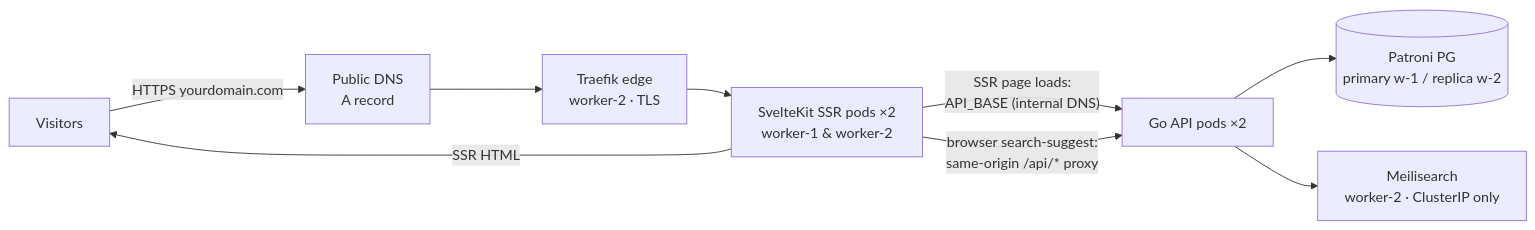
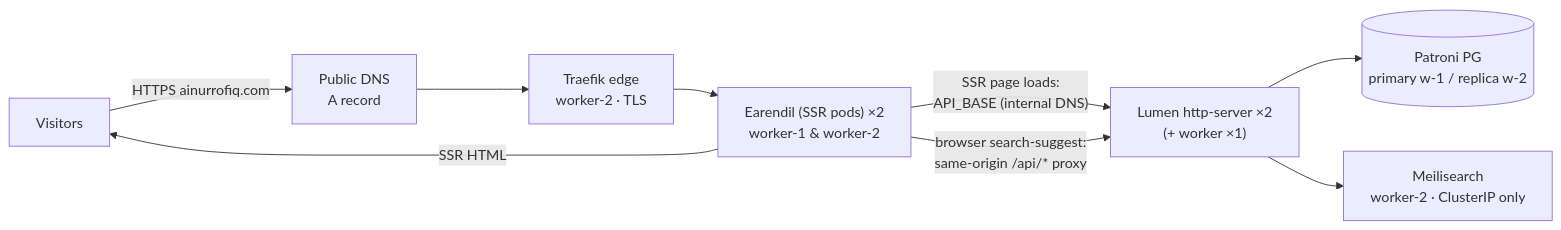
The first of 2 diagrams in INFRA_ARCHITECTURE.md (kanatabi/vortex), drawn with Mermaid before and after one commit. The commit also changed other lines of this file and 1 other file, not shown here.

First line of the commit message:
docs: propagate earendil/lumen naming + kv/{app}/{env} across docs

````diff
--- a/INFRA_ARCHITECTURE.md
+++ b/INFRA_ARCHITECTURE.md
@@ -63,11 +64,11 @@
 ```mermaid
 flowchart LR
-  V["Visitors"] -->|"HTTPS yourdomain.com"| DNS["Public DNS<br/>A record"]
+  V["Visitors"] -->|"HTTPS ainurrofiq.com"| DNS["Public DNS<br/>A record"]
   DNS --> TF["Traefik edge<br/>worker-2 · TLS"]
-  TF --> FE["SvelteKit SSR pods ×2<br/>worker-1 & worker-2"]
-  FE -->|"SSR page loads:<br/>API_BASE (internal DNS)"| API["Go API pods ×2"]
+  TF --> FE["Earendil (SSR pods) ×2<br/>worker-1 & worker-2"]
+  FE -->|"SSR page loads:<br/>API_BASE (internal DNS)"| API["Lumen http-server ×2<br/>(+ worker ×1)"]
   FE -->|"browser search-suggest:<br/>same-origin /api/* proxy"| API
   API --> PG[("Patroni PG<br/>primary w-1 / replica w-2")]
   API --> MEIL["Meilisearch<br/>worker-2 · ClusterIP only"]
   FE -->|"SSR HTML"| V
 ```
````
